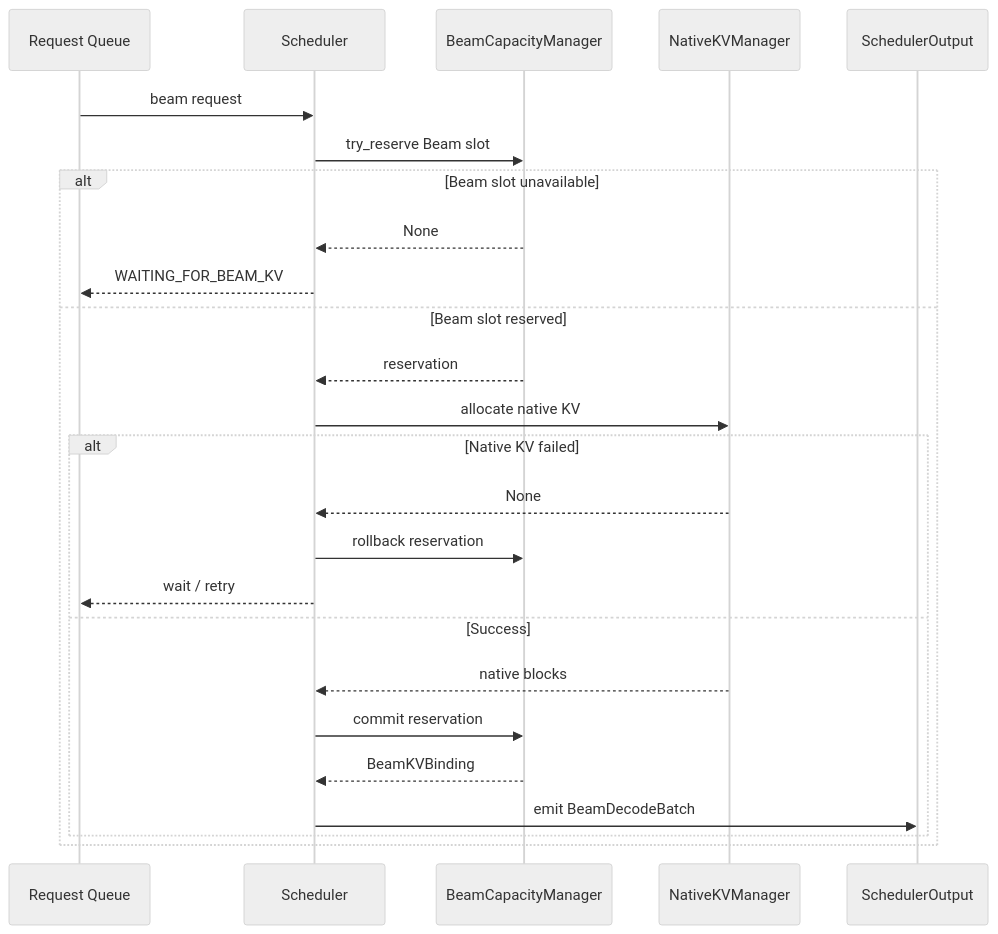
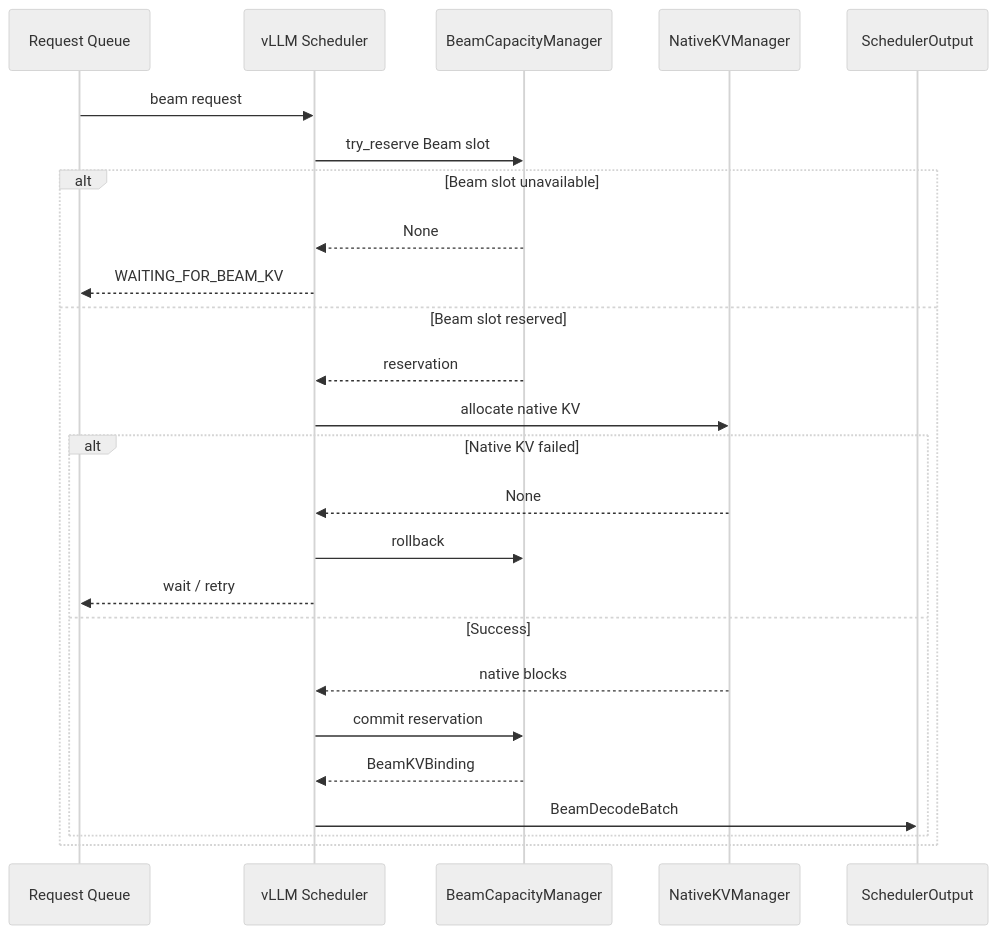
The fifth of 13 diagrams in GR/beam_incremental_decode_unified_architecture_design.md (zhanghanleo10/gr-related), drawn with Mermaid (neutral theme) before and after one commit. The commit also changed other lines of this file, not shown here.

Commit message:
docs: make Beam incremental decode architecture vLLM-first

````diff
--- a/GR/beam_incremental_decode_unified_architecture_design.md
+++ b/GR/beam_incremental_decode_unified_architecture_design.md
@@ -723,28 +481,28 @@
 ```mermaid
 sequenceDiagram
     participant Q as Request Queue
-    participant S as Scheduler
+    participant S as vLLM Scheduler
     participant B as BeamCapacityManager
     participant N as NativeKVManager
     participant O as SchedulerOutput
 
     Q->>S: beam request
     S->>B: try_reserve Beam slot
     alt Beam slot unavailable
         B-->>S: None
         S-->>Q: WAITING_FOR_BEAM_KV
     else Beam slot reserved
         B-->>S: reservation
         S->>N: allocate native KV
         alt Native KV failed
             N-->>S: None
-            S->>B: rollback reservation
+            S->>B: rollback
             S-->>Q: wait / retry
         else Success
             N-->>S: native blocks
             S->>B: commit reservation
             B-->>S: BeamKVBinding
-            S->>O: emit BeamDecodeBatch
+            S->>O: BeamDecodeBatch
         end
     end
 ```
````
